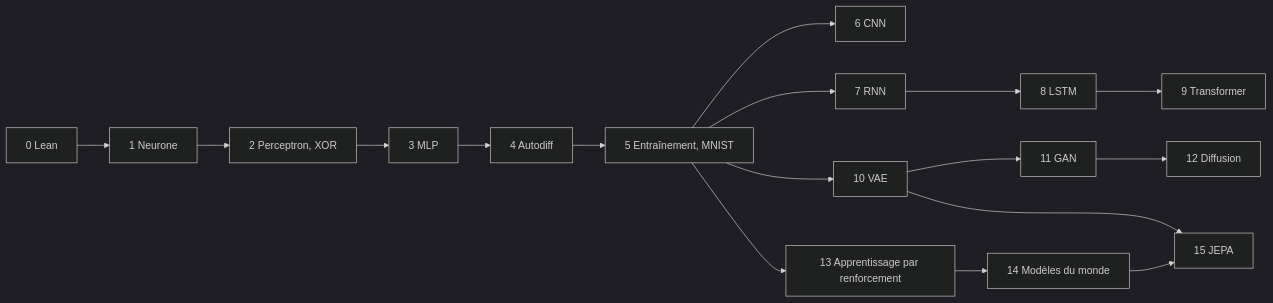
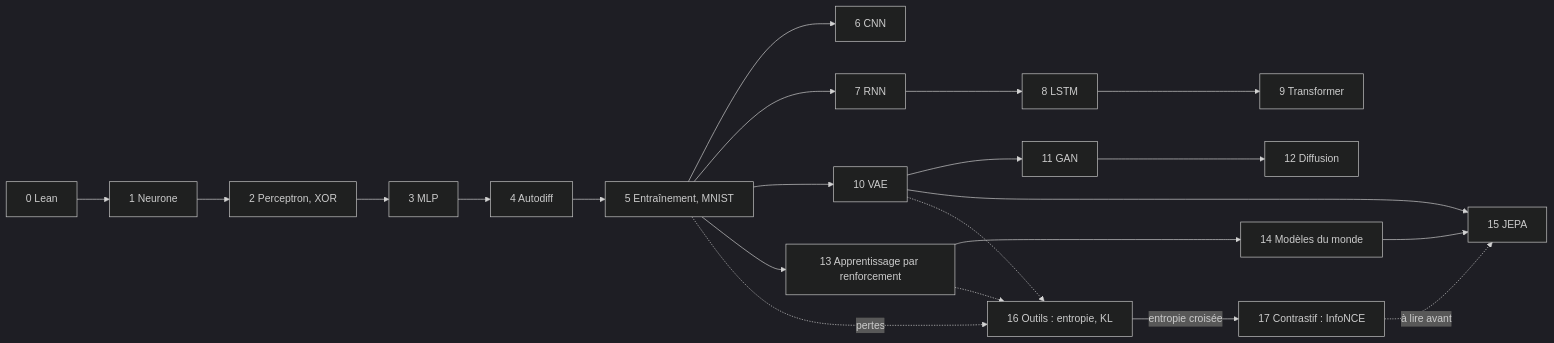
One commit to citron/LEAIN4 changed the diagram in website/i18n/fr/docusaurus-plugin-content-docs/current/index.mdx. Above: the diagram before and after it, drawn with Mermaid (dark theme). The commit also changed other lines of this file and 36 other files, not shown here.

First line of the commit message:
Phases 1-3: Ch16 tools + generalization, GRU, multi-head attention, Ch17 InfoNCE + JEPA reordering

````diff
--- a/website/i18n/fr/docusaurus-plugin-content-docs/current/index.mdx
+++ b/website/i18n/fr/docusaurus-plugin-content-docs/current/index.mdx
@@ -30,10 +30,15 @@
 ```mermaid
 flowchart LR
   c0["0 Lean"] --> c1["1 Neurone"] --> c2["2 Perceptron, XOR"] --> c3["3 MLP"] --> c4["4 Autodiff"] --> c5["5 Entraînement, MNIST"]
   c5 --> c6["6 CNN"]
   c5 --> c7["7 RNN"] --> c8["8 LSTM"] --> c9["9 Transformer"]
   c5 --> c10["10 VAE"] --> c11["11 GAN"] --> c12["12 Diffusion"]
   c5 --> c13["13 Apprentissage par renforcement"] --> c14["14 Modèles du monde"]
   c10 --> c15["15 JEPA"]
   c14 --> c15
+  c5 -.->|pertes| c16["16 Outils : entropie, KL"]
+  c16 -->|entropie croisée| c17["17 Contrastif : InfoNCE"]
+  c17 -.->|à lire avant| c15
+  c10 -.-> c16
+  c13 -.-> c16
 ```
````
